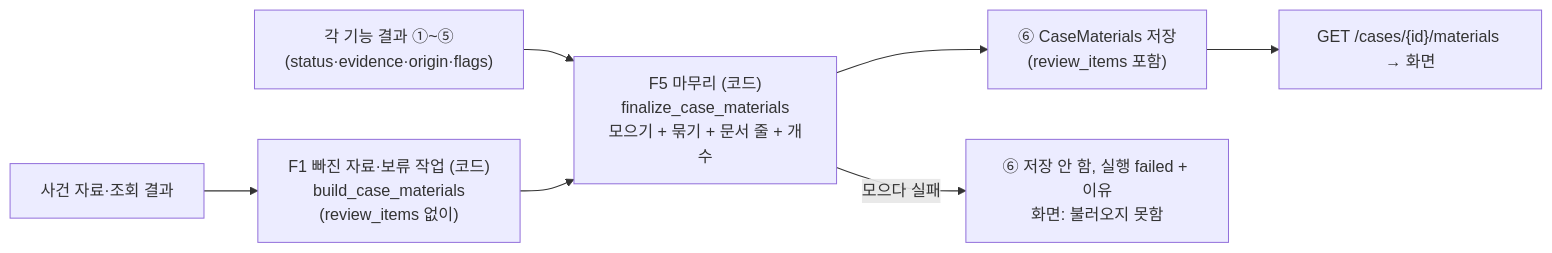
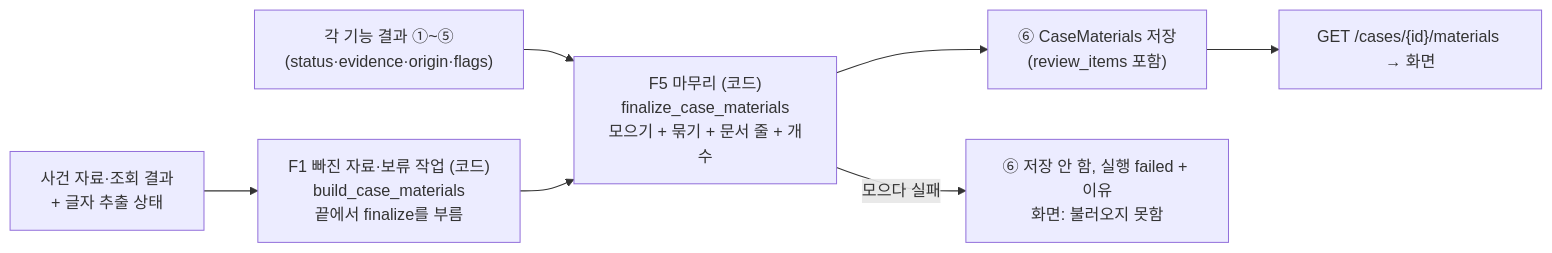
One commit to merge-mates/patent-ai-workspace changed the diagram in docs/features/F5/design.md. Above: the diagram before and after it, drawn with Mermaid. The commit also changed other lines of this file and 2 other files, not shown here.

````diff
--- a/docs/features/F5/design.md
+++ b/docs/features/F5/design.md
@@ -30,9 +30,9 @@
 ```mermaid
 flowchart LR
     A["각 기능 결과 ①~⑤<br/>(status·evidence·origin·flags)"] --> B["F5 마무리 (코드)<br/>finalize_case_materials<br/>모으기 + 묶기 + 문서 줄 + 개수"]
-    M["사건 자료·조회 결과"] --> C["F1 빠진 자료·보류 작업 (코드)<br/>build_case_materials<br/>(review_items 없이)"]
+    M["사건 자료·조회 결과<br/>+ 글자 추출 상태"] --> C["F1 빠진 자료·보류 작업 (코드)<br/>build_case_materials<br/>끝에서 finalize를 부름"]
     C --> B
     B --> D["⑥ CaseMaterials 저장<br/>(review_items 포함)"]
     D --> E["GET /cases/{id}/materials → 화면"]
     B -- 모으다 실패 --> F["⑥ 저장 안 함, 실행 failed + 이유<br/>화면: 불러오지 못함"]
 ```
````
